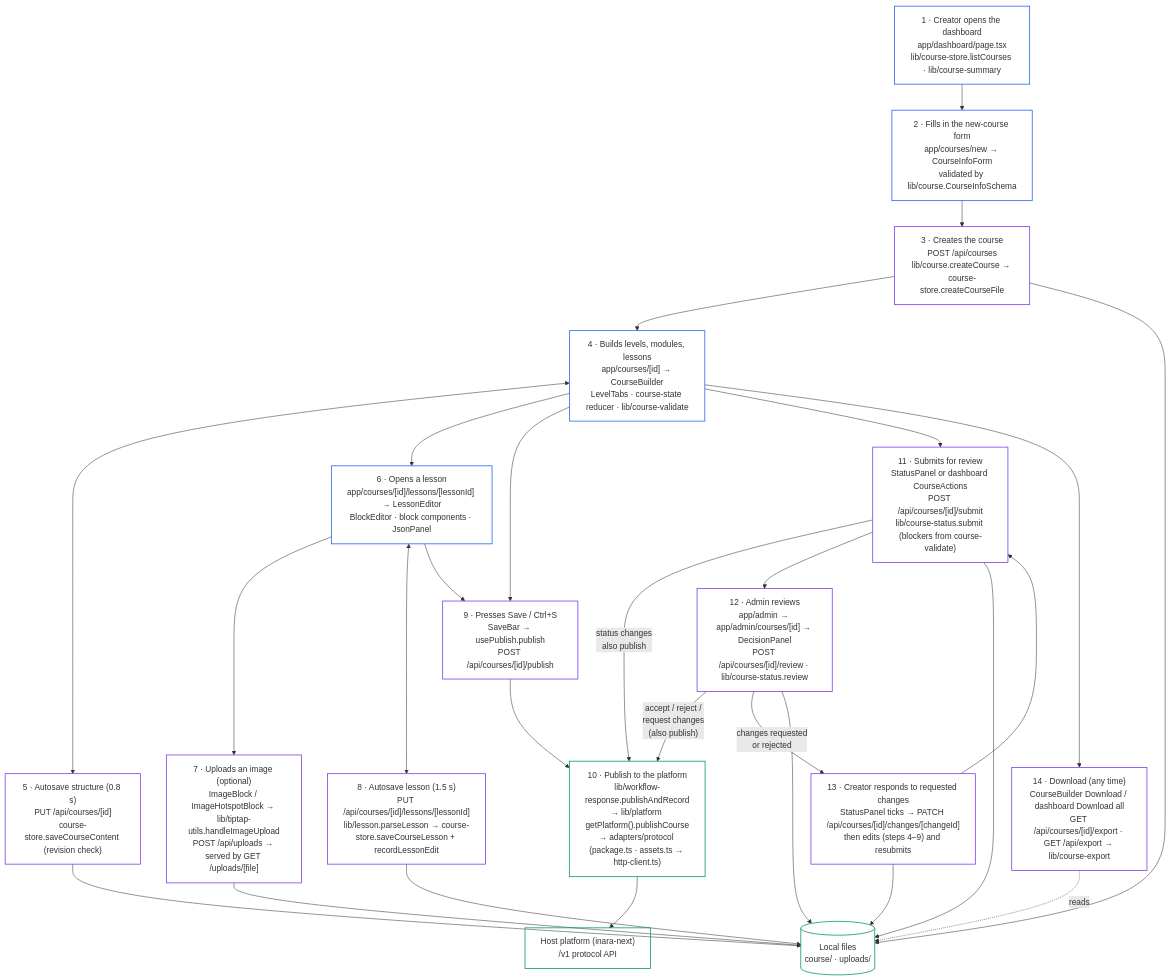
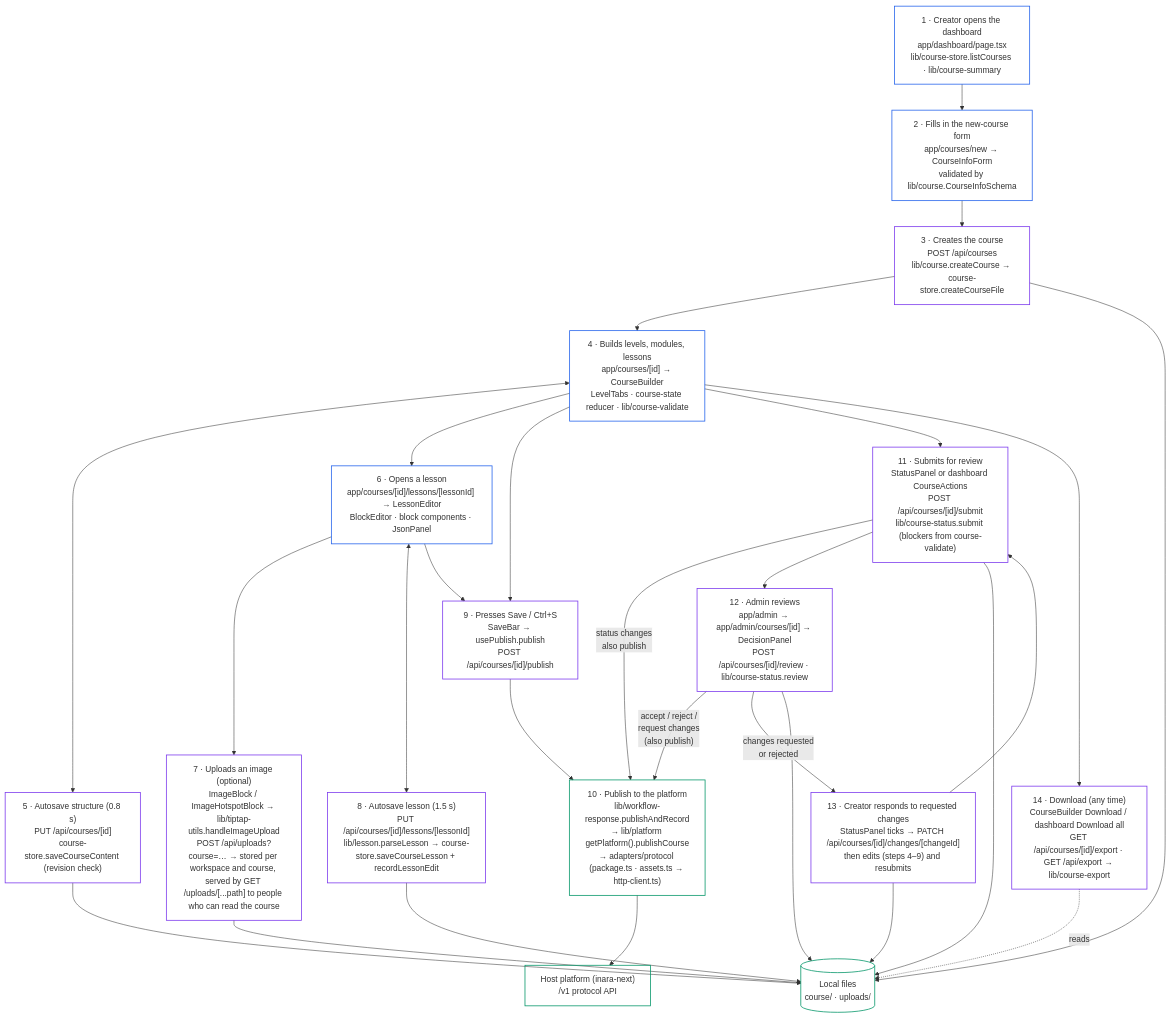
The second of 7 diagrams in docs/ARCHITECTURE.md (HafsaJavedPak/inarax-course-editor), drawn with Mermaid before and after one commit. The commit also changed other lines of this file and 43 other files, not shown here.

````diff
--- a/docs/ARCHITECTURE.md
+++ b/docs/ARCHITECTURE.md
@@ -62,50 +62,50 @@
 ```mermaid
 flowchart TD
     classDef ui fill:none,stroke:#2563eb,stroke-width:1.5px
     classDef api fill:none,stroke:#7c3aed,stroke-width:1.5px
     classDef store fill:none,stroke:#059669,stroke-width:1.5px
 
     S1["1 · Creator opens the dashboard<br/>app/dashboard/page.tsx<br/>lib/course-store.listCourses · lib/course-summary"]:::ui
     S2["2 · Fills in the new-course form<br/>app/courses/new → CourseInfoForm<br/>validated by lib/course.CourseInfoSchema"]:::ui
     S3["3 · Creates the course<br/>POST /api/courses<br/>lib/course.createCourse → course-store.createCourseFile"]:::api
     S4["4 · Builds levels, modules, lessons<br/>app/courses/[id] → CourseBuilder<br/>LevelTabs · course-state reducer · lib/course-validate"]:::ui
     S5["5 · Autosave structure (0.8 s)<br/>PUT /api/courses/[id]<br/>course-store.saveCourseContent (revision check)"]:::api
     S6["6 · Opens a lesson<br/>app/courses/[id]/lessons/[lessonId] → LessonEditor<br/>BlockEditor · block components · JsonPanel"]:::ui
-    S7["7 · Uploads an image (optional)<br/>ImageBlock / ImageHotspotBlock → lib/tiptap-utils.handleImageUpload<br/>POST /api/uploads → served by GET /uploads/[file]"]:::api
+    S7["7 · Uploads an image (optional)<br/>ImageBlock / ImageHotspotBlock → lib/tiptap-utils.handleImageUpload<br/>POST /api/uploads?course=… → stored per workspace and course, served by GET /uploads/[...path] to people who can read the course"]:::api
     S8["8 · Autosave lesson (1.5 s)<br/>PUT /api/courses/[id]/lessons/[lessonId]<br/>lib/lesson.parseLesson → course-store.saveCourseLesson + recordLessonEdit"]:::api
     S9["9 · Presses Save / Ctrl+S<br/>SaveBar → usePublish.publish<br/>POST /api/courses/[id]/publish"]:::api
     S10["10 · Publish to the platform<br/>lib/workflow-response.publishAndRecord<br/>→ lib/platform getPlatform().publishCourse<br/>→ adapters/protocol (package.ts · assets.ts → http-client.ts)"]:::store
     S11["11 · Submits for review<br/>StatusPanel or dashboard CourseActions<br/>POST /api/courses/[id]/submit<br/>lib/course-status.submit (blockers from course-validate)"]:::api
     S12["12 · Admin reviews<br/>app/admin → app/admin/courses/[id] → DecisionPanel<br/>POST /api/courses/[id]/review · lib/course-status.review"]:::api
     S13["13 · Creator responds to requested changes<br/>StatusPanel ticks → PATCH /api/courses/[id]/changes/[changeId]<br/>then edits (steps 4–9) and resubmits"]:::api
     S14["14 · Download (any time)<br/>CourseBuilder Download / dashboard Download all<br/>GET /api/courses/[id]/export · GET /api/export → lib/course-export"]:::api
 
     FS[("Local files<br/>course/ · uploads/")]:::store
     DB["Host platform (inara-next)<br/>/v1 protocol API"]:::store
 
     S1 --> S2 --> S3 --> S4
     S4 <--> S5
     S4 --> S6
     S6 --> S7
     S6 <--> S8
     S6 --> S9
     S4 --> S9
     S9 --> S10
     S4 --> S11
     S11 -- "status changes<br/>also publish" --> S10
     S11 --> S12
     S12 -- "accept / reject /<br/>request changes<br/>(also publish)" --> S10
     S12 -- "changes requested<br/>or rejected" --> S13
     S13 --> S11
     S4 --> S14
 
     S3 --> FS
     S5 --> FS
     S7 --> FS
     S8 --> FS
     S11 --> FS
     S12 --> FS
     S13 --> FS
     S14 -. reads .-> FS
     S10 --> DB
 ```
````
